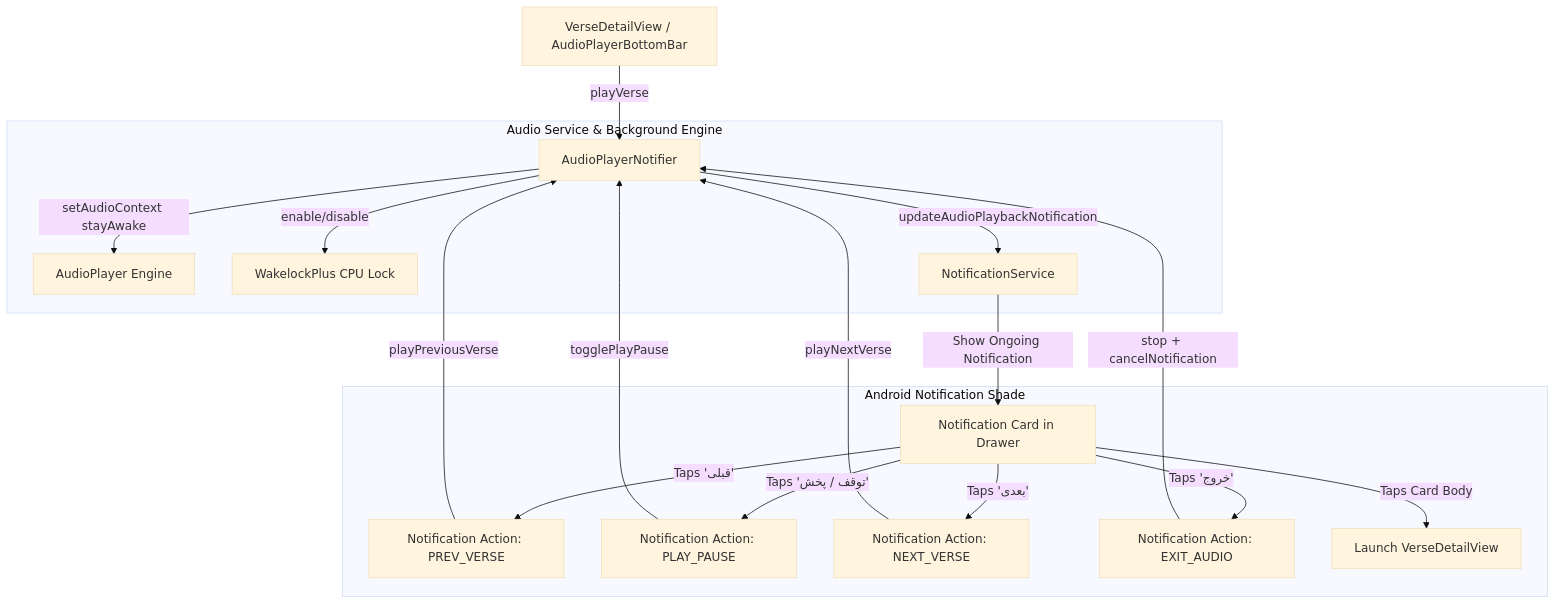
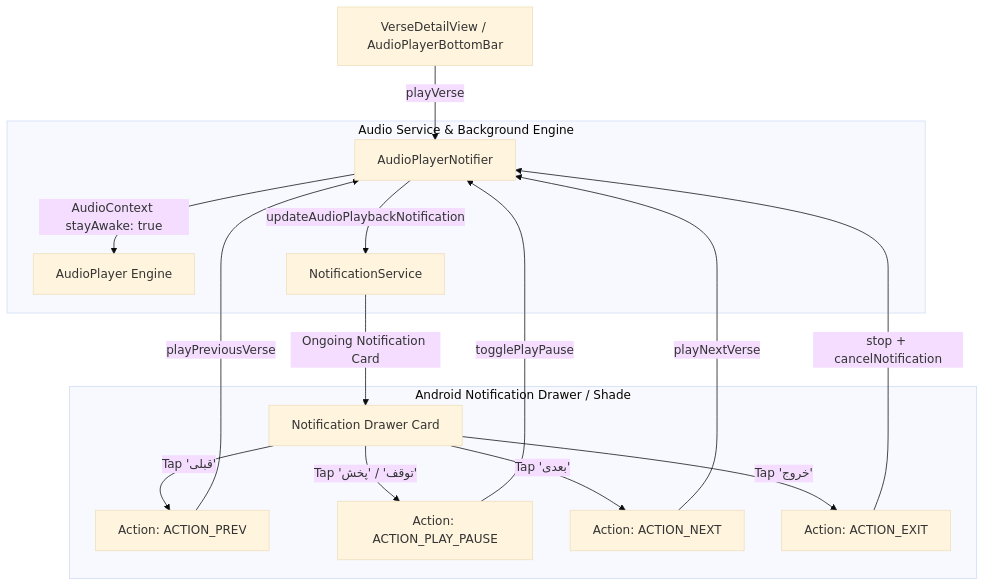
Before and after one commit to alirezakavianifar/quran_mobile_app: the diagram in docs/background_audio_and_notification_drawer_plan.md, drawn with Mermaid (base theme). The commit also changed other lines of this file and 5 other files, not shown here.

Commit message:
fix(audio): enable media style notification actions and background isolate handling

````diff
--- a/docs/background_audio_and_notification_drawer_plan.md
+++ b/docs/background_audio_and_notification_drawer_plan.md
@@ -38,24 +24,22 @@
 ```mermaid
 graph TD
     UI[VerseDetailView / AudioPlayerBottomBar] -->|playVerse| APN[AudioPlayerNotifier]
     
     subgraph Audio Service & Background Engine
-        APN -->|setAudioContext stayAwake| AP[AudioPlayer Engine]
-        APN -->|enable/disable| WL[WakelockPlus CPU Lock]
+        APN -->|AudioContext stayAwake: true| AP[AudioPlayer Engine]
         APN -->|updateAudioPlaybackNotification| NS[NotificationService]
     end
     
-    subgraph Android Notification Shade
-        NS -->|Show Ongoing Notification| Shade[Notification Card in Drawer]
-        Shade -->|Taps 'قبلی'| ActionPrev[Notification Action: PREV_VERSE]
-        Shade -->|Taps 'توقف / پخش'| ActionPlay[Notification Action: PLAY_PAUSE]
-        Shade -->|Taps 'بعدی'| ActionNext[Notification Action: NEXT_VERSE]
-        Shade -->|Taps 'خروج'| ActionExit[Notification Action: EXIT_AUDIO]
-        Shade -->|Taps Card Body| OpenApp[Launch VerseDetailView]
+    subgraph Android Notification Drawer / Shade
+        NS -->|Ongoing Notification Card| Drawer[Notification Drawer Card]
+        Drawer -->|Tap 'قبلی'| ActPrev[Action: ACTION_PREV]
+        Drawer -->|Tap 'توقف' / 'پخش'| ActPlay[Action: ACTION_PLAY_PAUSE]
+        Drawer -->|Tap 'بعدی'| ActNext[Action: ACTION_NEXT]
+        Drawer -->|Tap 'خروج'| ActExit[Action: ACTION_EXIT]
     end
     
-    ActionPrev -->|playPreviousVerse| APN
-    ActionPlay -->|togglePlayPause| APN
-    ActionNext -->|playNextVerse| APN
-    ActionExit -->|stop + cancelNotification| APN
+    ActPrev -->|playPreviousVerse| APN
+    ActPlay -->|togglePlayPause| APN
+    ActNext -->|playNextVerse| APN
+    ActExit -->|stop + cancelNotification| APN
 ```
````
